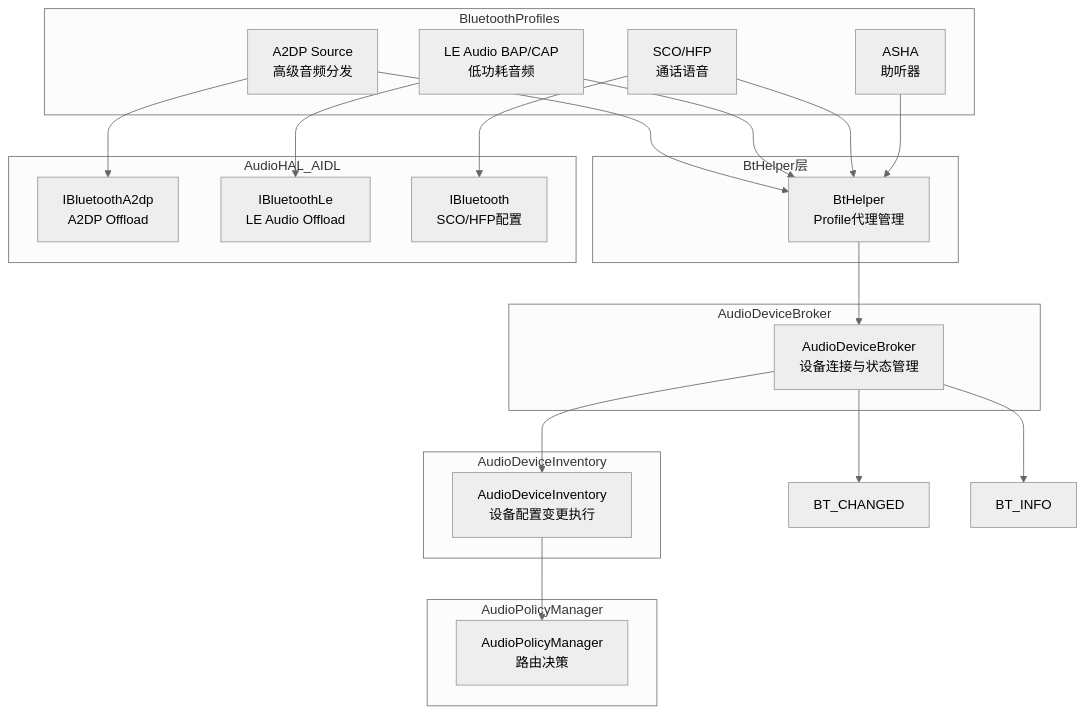
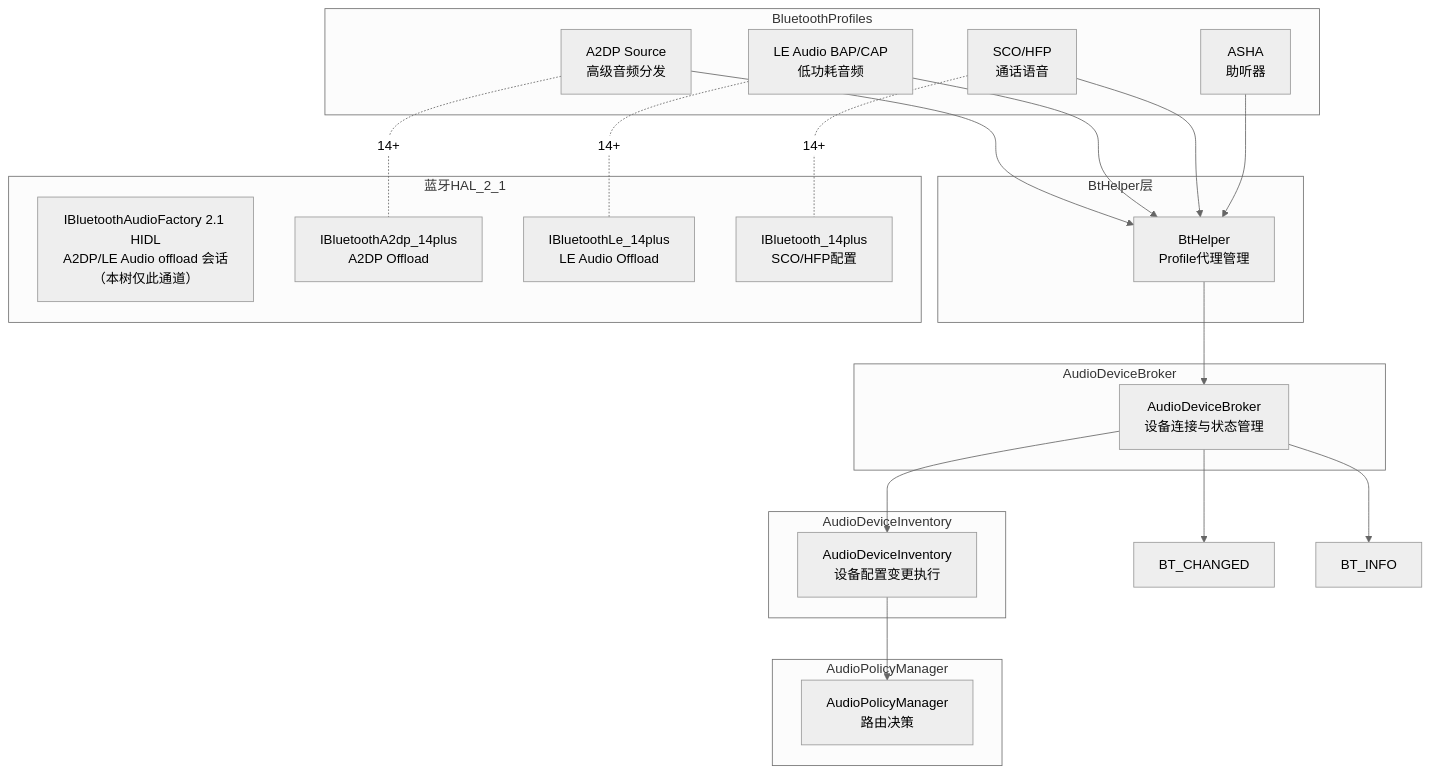
Before and after one commit to yanglinzhen1022/SA8295_AAOS_QNX_Audio_KnowledgeBase: the first of 5 diagrams in 14_Bluetooth_Audio/14_14.1_蓝牙音频协议总览.md, drawn with Mermaid (neutral theme). The commit also changed other lines of this file and 10 other files, not shown here.

````diff
--- a/14_Bluetooth_Audio/14_14.1_蓝牙音频协议总览.md
+++ b/14_Bluetooth_Audio/14_14.1_蓝牙音频协议总览.md
@@ -11,46 +11,47 @@
 ```mermaid
 graph TB
     subgraph BluetoothProfiles
         A2DP[A2DP Source<br>高级音频分发]
         LEA[LE Audio BAP/CAP<br>低功耗音频]
         SCO[SCO/HFP<br>通话语音]
         HA[ASHA<br>助听器]
     end
 
     subgraph BtHelper层
         BTH[BtHelper<br>Profile代理管理]
     end
 
     subgraph AudioDeviceBroker
         ADB[AudioDeviceBroker<br>设备连接与状态管理]
     end
 
     subgraph AudioDeviceInventory
         ADI[AudioDeviceInventory<br>设备配置变更执行]
     end
 
     subgraph AudioPolicyManager
         APM[AudioPolicyManager<br>路由决策]
     end
 
-    subgraph AudioHAL_AIDL
-        IBA2[IBluetoothA2dp<br>A2DP Offload]
-        IBLE[IBluetoothLe<br>LE Audio Offload]
-        IBT[IBluetooth<br>SCO/HFP配置]
+    subgraph 蓝牙HAL_2_1
+        BTA[IBluetoothAudioFactory 2.1 HIDL<br>A2DP/LE Audio offload 会话<br>（本树仅此通道）]
+        IBA2[IBluetoothA2dp_14plus<br>A2DP Offload]
+        IBLE[IBluetoothLe_14plus<br>LE Audio Offload]
+        IBT[IBluetooth_14plus<br>SCO/HFP配置]
     end
 
     A2DP --> BTH
     LEA --> BTH
     SCO --> BTH
     HA --> BTH
 
     BTH --> ADB
     ADB --> BT_CHANGED
     ADB --> BT_INFO
     ADB --> ADI
     ADI --> APM
 
-    A2DP --> IBA2
-    LEA --> IBLE
-    SCO --> IBT
+    A2DP -.14+.- IBA2
+    LEA -.14+.- IBLE
+    SCO -.14+.- IBT
 ```
````
